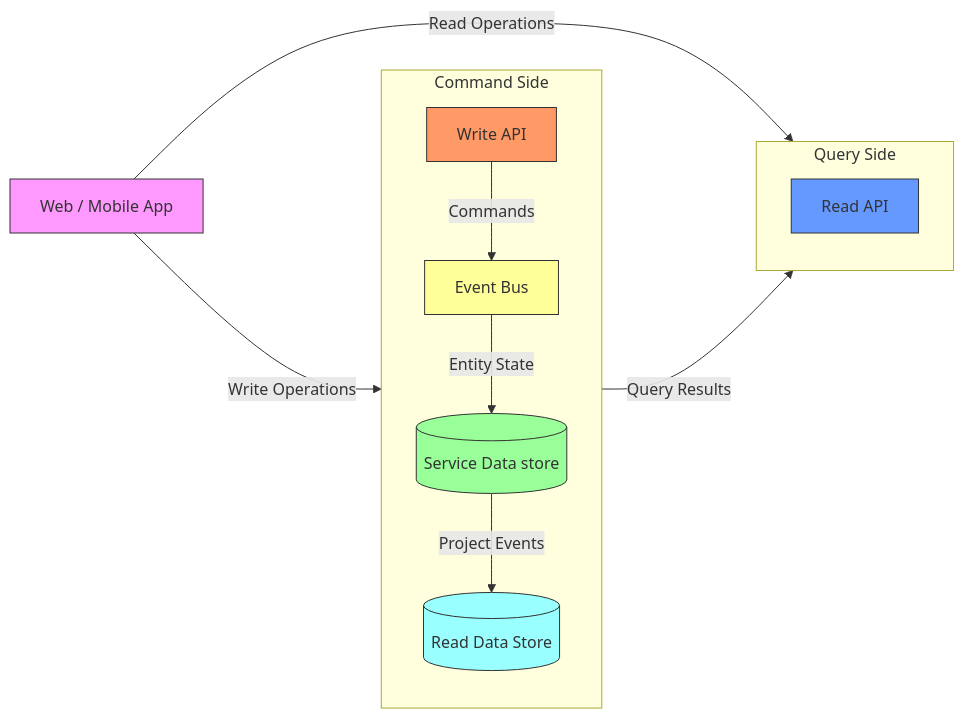
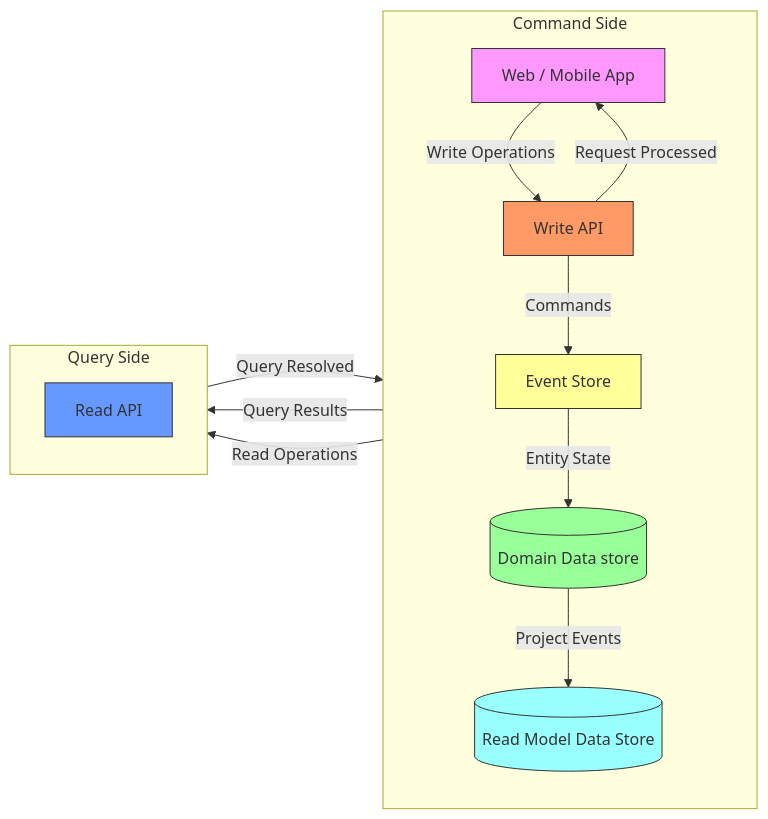
One commit to staruser143/Technology-Talks changed the diagram in diagram/Event Sourcing Flow.md. Above: the diagram before and after it, drawn with Mermaid.

Commit message:
Update Event Sourcing Flow.md

````diff
--- a/diagram/Event Sourcing Flow.md
+++ b/diagram/Event Sourcing Flow.md
@@ -1,31 +1,33 @@
 ```mermaid
 flowchart LR
     Client[Web / Mobile App]
     API[Write API]
-    Kafka[Event Bus]
-    MongoDB[(Service Data store)]
-    ReadDB[(Read Data Store)]
+    Kafka[Event Store]
+    MongoDB[(Domain Data store)]
+    ReadDB[(Read Model Data Store)]
     
     subgraph Command Side
         direction TB
         API --> |Commands| Kafka
         Kafka --> |Entity State| MongoDB
         MongoDB --> |Project Events| ReadDB
+        API --> |Request Processed| Client
     end
     
     subgraph Query Side
         direction TB
         ReadAPI[Read API]
         ReadDB --> |Query Results| ReadAPI
+        ReadAPI -->|Query Resolved| Client
     end
     
     Client --> |Write Operations| API
     Client --> |Read Operations| ReadAPI
 
     style Client fill:#f9f,stroke:#333
     style Kafka fill:#ff9,stroke:#333
     style MongoDB fill:#9f9,stroke:#333
     style ReadDB fill:#9ff,stroke:#333
     style API fill:#f96,stroke:#333
     style ReadAPI fill:#69f,stroke:#333
 ```
````
